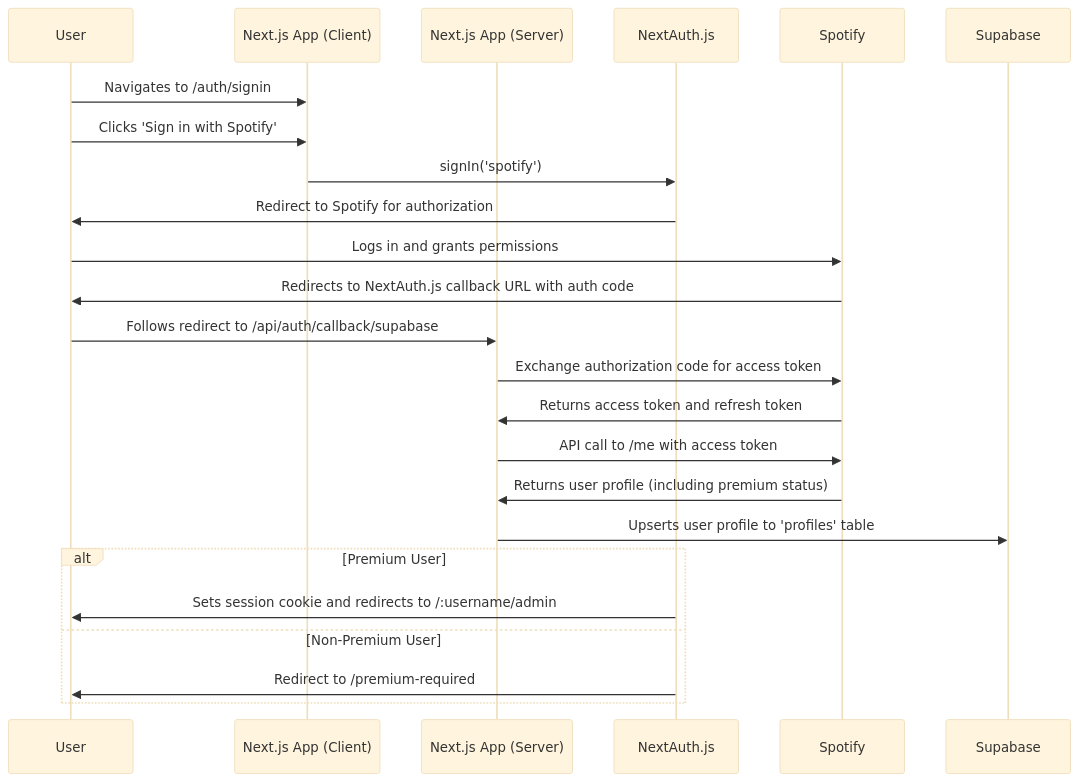
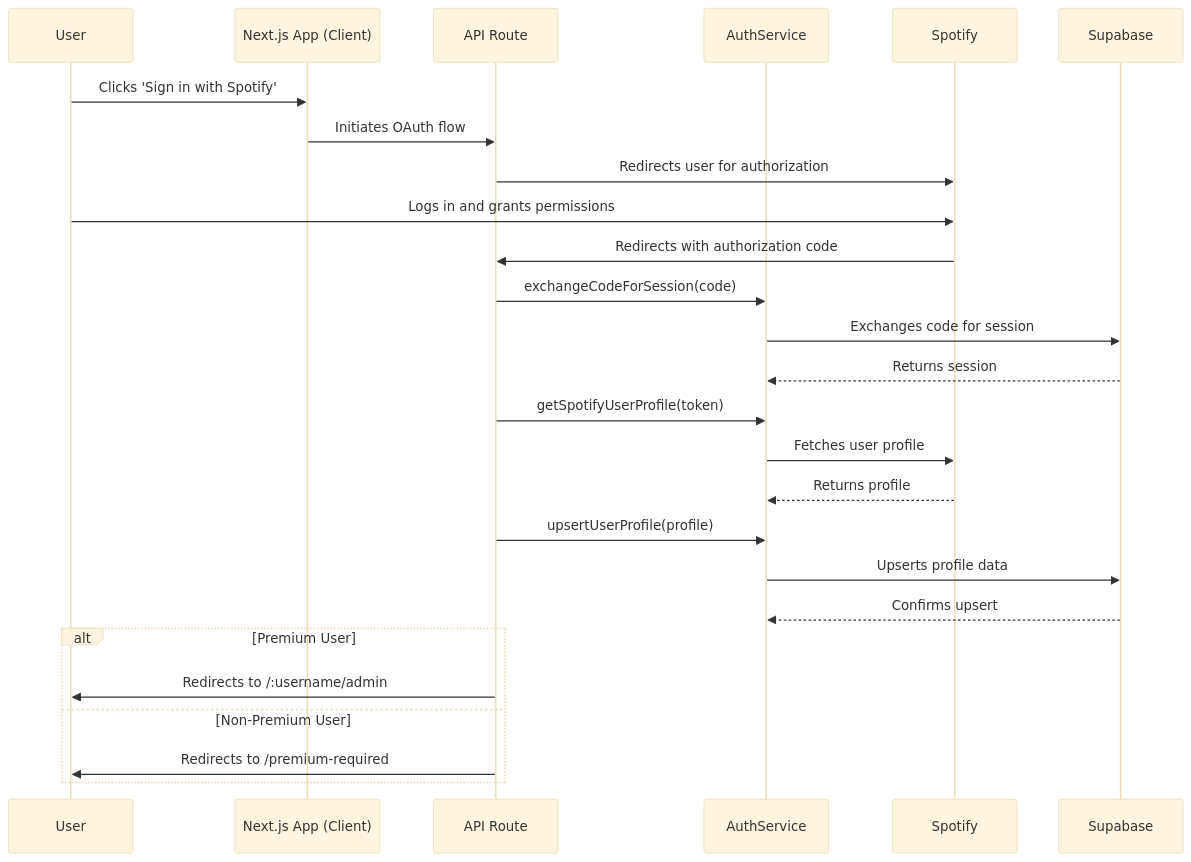
Before and after one commit to GiangNguyenn/3b-bar-jukebox: the diagram in docs/architecture.md, drawn with Mermaid (base theme). The commit also changed other lines of this file and 14 other files, not shown here.

````diff
--- a/docs/architecture.md
+++ b/docs/architecture.md
@@ -52,30 +52,34 @@
 ```mermaid
 sequenceDiagram
     participant User
     participant Next.js App (Client)
-    participant Next.js App (Server)
-    participant NextAuth.js
+    participant API Route
+    participant AuthService
     participant Spotify
+    participant Supabase
 
-    User->>Next.js App (Client): Navigates to /auth/signin
     User->>Next.js App (Client): Clicks 'Sign in with Spotify'
-    Next.js App (Client)->>NextAuth.js: signIn('spotify')
-    NextAuth.js->>User: Redirect to Spotify for authorization
+    Next.js App (Client)->>API Route: Initiates OAuth flow
 
+    API Route->>Spotify: Redirects user for authorization
     User->>Spotify: Logs in and grants permissions
-    Spotify->>User: Redirects to NextAuth.js callback URL with auth code
+    Spotify->>API Route: Redirects with authorization code
 
-    User->>Next.js App (Server): Follows redirect to /api/auth/callback/supabase
-    Next.js App (Server)->>Spotify: Exchange authorization code for access token
-    Spotify->>Next.js App (Server): Returns access token and refresh token
+    API Route->>AuthService: exchangeCodeForSession(code)
+    AuthService->>Supabase: Exchanges code for session
+    Supabase-->>AuthService: Returns session
 
-    Next.js App (Server)->>Spotify: API call to /me with access token
-    Spotify->>Next.js App (Server): Returns user profile (including premium status)
+    API Route->>AuthService: getSpotifyUserProfile(token)
+    AuthService->>Spotify: Fetches user profile
+    Spotify-->>AuthService: Returns profile
 
-    Next.js App (Server)->>Supabase: Upserts user profile to 'profiles' table
+    API Route->>AuthService: upsertUserProfile(profile)
+    AuthService->>Supabase: Upserts profile data
+    Supabase-->>AuthService: Confirms upsert
+
     alt Premium User
-        NextAuth.js->>User: Sets session cookie and redirects to /:username/admin
+        API Route->>User: Redirects to /:username/admin
     else Non-Premium User
-        NextAuth.js->>User: Redirect to /premium-required
+        API Route->>User: Redirects to /premium-required
     end
 ```
````
